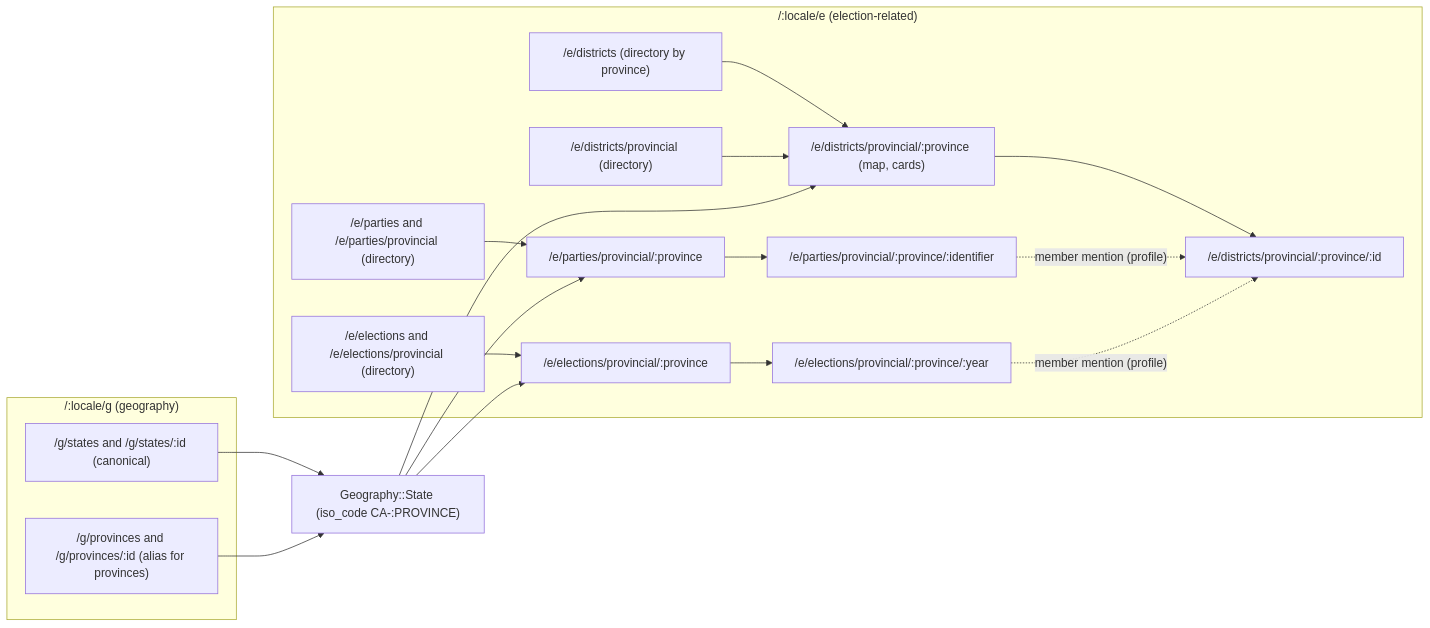
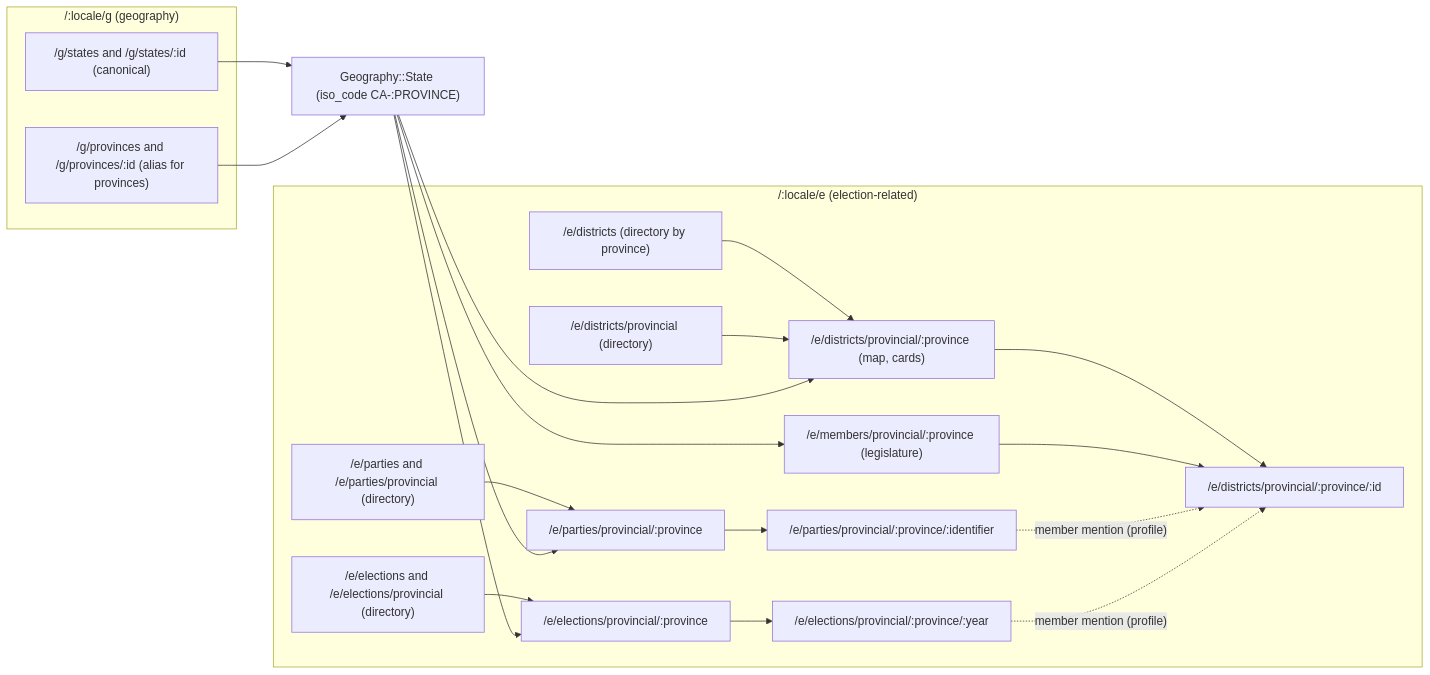
Before and after one commit to better-together-solutions/newfoundlandlabradoronline: the diagram in docs/diagrams/source/nlo_province_routes.mmd, drawn with Mermaid. The commit also changed 40 other files, not shown here.

```diff
--- a/docs/diagrams/source/nlo_province_routes.mmd
+++ b/docs/diagrams/source/nlo_province_routes.mmd
@@ -1,31 +1,34 @@
 %% render.orientation: landscape
 flowchart LR
   subgraph Geo["/:locale/g (geography)"]
     G1["/g/states and /g/states/:id (canonical)"]
     G2["/g/provinces and /g/provinces/:id (alias for provinces)"]
   end
   subgraph Elect["/:locale/e (election-related)"]
     D0["/e/districts (directory by province)"]
     D1["/e/districts/provincial (directory)"]
     D2["/e/districts/provincial/:province (map, cards)"]
     D3["/e/districts/provincial/:province/:id"]
     P0["/e/parties and /e/parties/provincial (directory)"]
     P2["/e/parties/provincial/:province"]
     P3["/e/parties/provincial/:province/:identifier"]
     E0["/e/elections and /e/elections/provincial (directory)"]
     E2["/e/elections/provincial/:province"]
     E3["/e/elections/provincial/:province/:year"]
+    L1["/e/members/provincial/:province (legislature)"]
   end
   S["Geography::State (iso_code CA-:PROVINCE)"]
   D0 --> D2
   D1 --> D2
   D2 --> D3
   P0 --> P2 --> P3
   E0 --> E2 --> E3
   G1 --> S
   G2 --> S
   S --> D2
   S --> P2
   S --> E2
+  S --> L1
+  L1 --> D3
   P3 -. "member mention (profile)" .-> D3
   E3 -. "member mention (profile)" .-> D3
```
